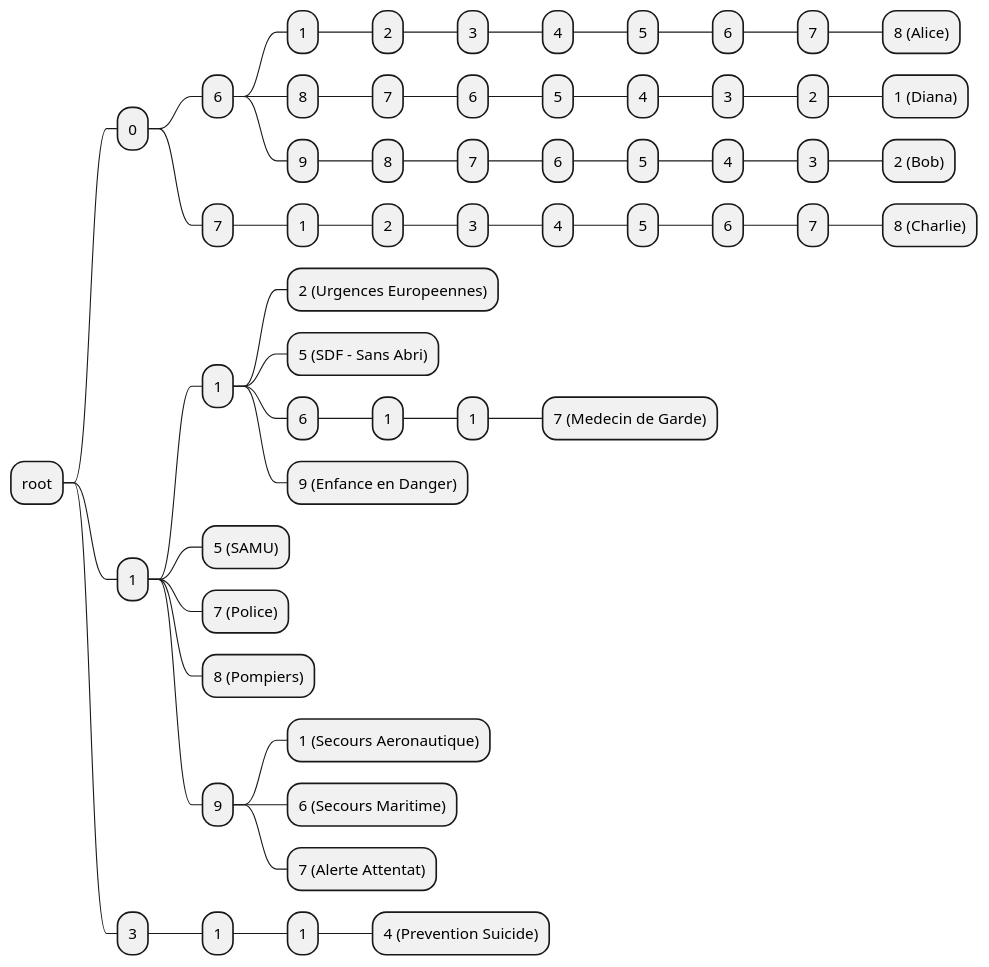
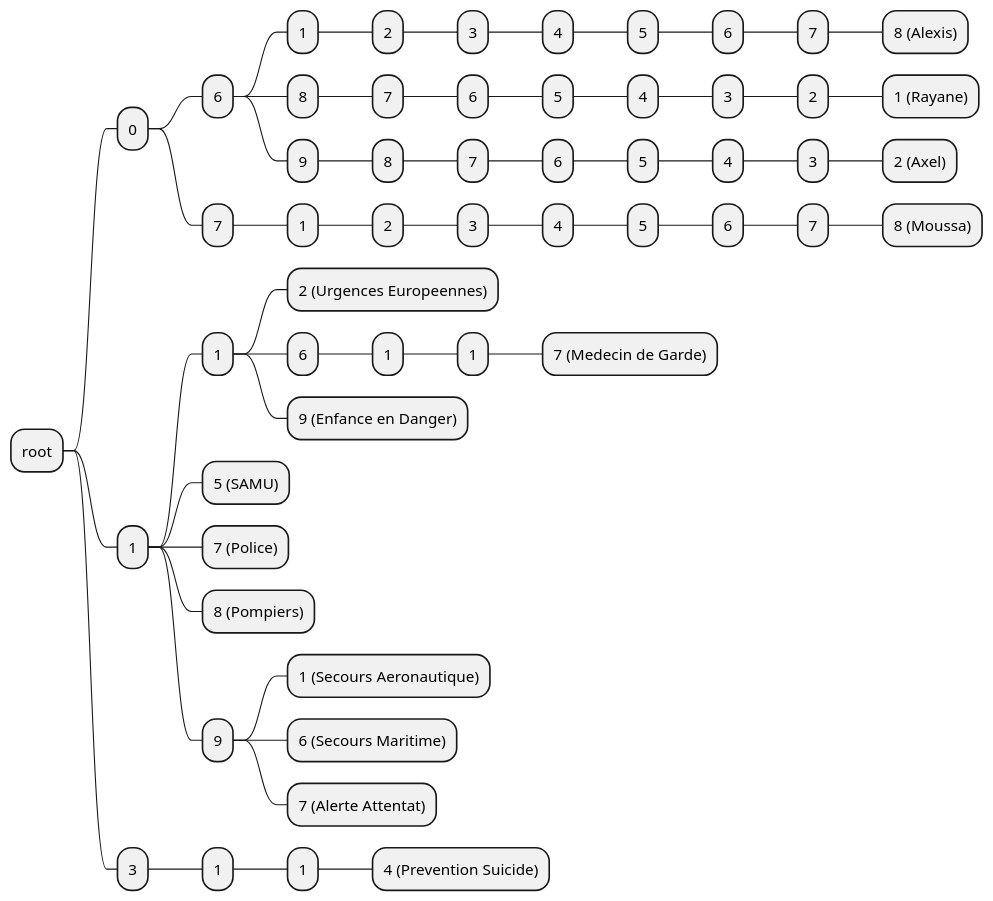
One commit to alexgd69/Phone_Number_Manager changed the diagram in graph/04_common_parts.puml. Above: the diagram before and after it, drawn with PlantUML.

Commit message:
feat: update phone data with emergency numbers

```diff
--- a/graph/04_common_parts.puml
+++ b/graph/04_common_parts.puml
@@ -1,58 +1,57 @@
 @startmindmap
 * root
 ** 0
 *** 6
 **** 1
 ***** 2
 ****** 3
 ******* 4
 ******** 5
 ********* 6
 ********** 7
-*********** 8 (Alice)
+*********** 8 (Alexis)
 **** 8
 ***** 7
 ****** 6
 ******* 5
 ******** 4
 ********* 3
 ********** 2
-*********** 1 (Diana)
+*********** 1 (Rayane)
 **** 9
 ***** 8
 ****** 7
 ******* 6
 ******** 5
 ********* 4
 ********** 3
-*********** 2 (Bob)
+*********** 2 (Axel)
 *** 7
 **** 1
 ***** 2
 ****** 3
 ******* 4
 ******** 5
 ********* 6
 ********** 7
-*********** 8 (Charlie)
+*********** 8 (Moussa)
 ** 1
 *** 1
 **** 2 (Urgences Europeennes)
-**** 5 (SDF - Sans Abri)
 **** 6
 ***** 1
 ****** 1
 ******* 7 (Medecin de Garde)
 **** 9 (Enfance en Danger)
 *** 5 (SAMU)
 *** 7 (Police)
 *** 8 (Pompiers)
 *** 9
 **** 1 (Secours Aeronautique)
 **** 6 (Secours Maritime)
 **** 7 (Alerte Attentat)
 ** 3
 *** 1
 **** 1
 ***** 4 (Prevention Suicide)
 @endmindmap
```
